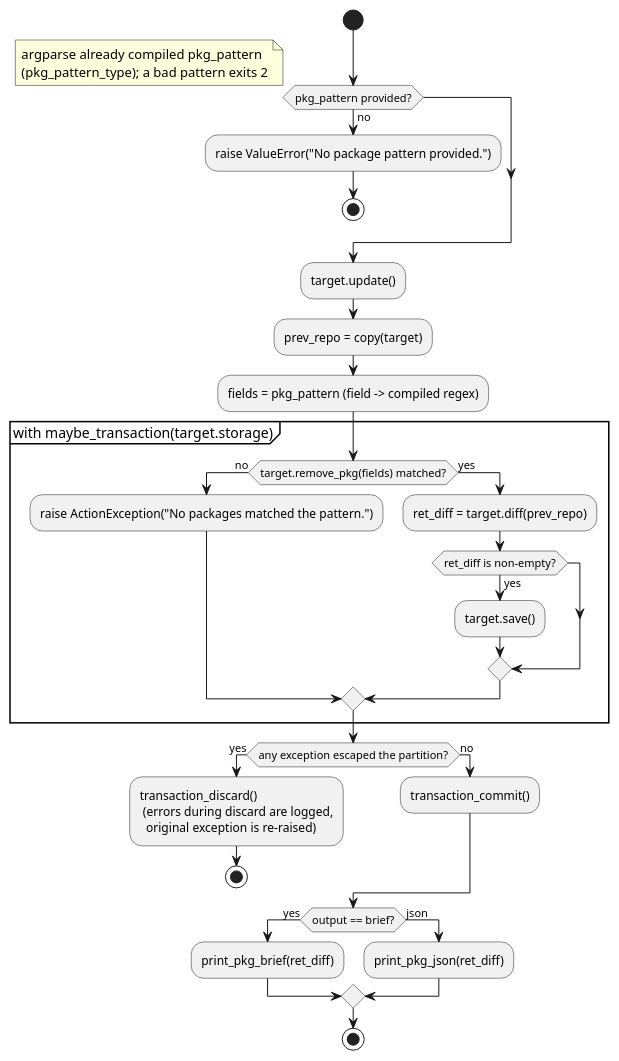
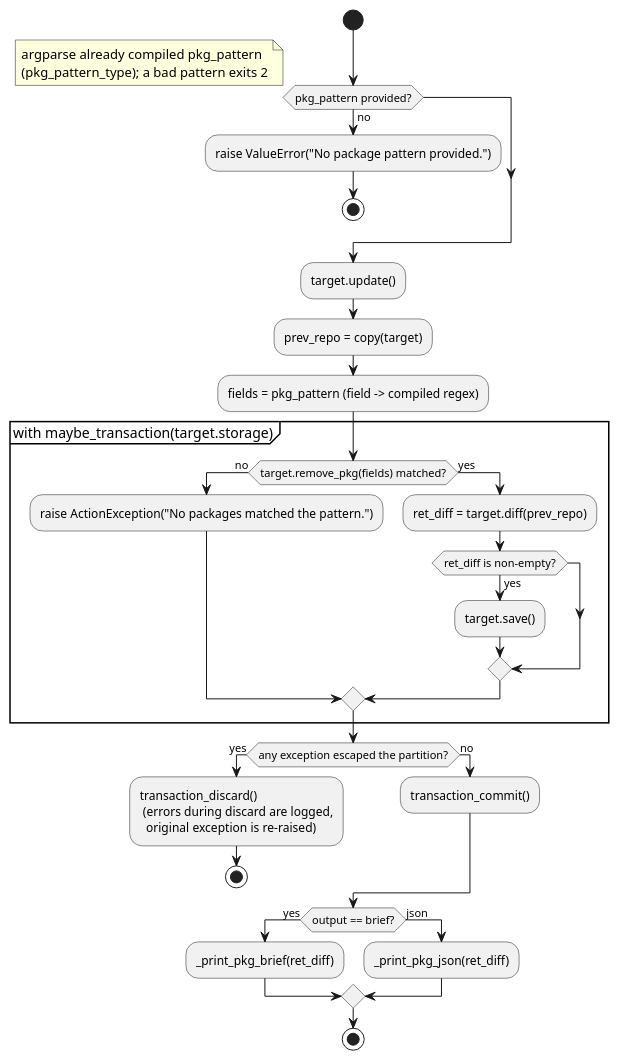
Before and after one commit to vinklat/debkit: the diagram in docs/development/diagrams/action-pkg-remove-activity.puml, drawn with PlantUML. The commit also changed 14 other files, not shown here.

First line of the commit message:
Fix second doc-review findings in contracts and diagrams

```diff
--- a/docs/development/diagrams/action-pkg-remove-activity.puml
+++ b/docs/development/diagrams/action-pkg-remove-activity.puml
@@ -1,42 +1,42 @@
 @startuml
 start
 if (pkg_pattern provided?) then (no)
   :raise ValueError("No package pattern provided.");
   stop
 endif
 note right
   argparse already compiled pkg_pattern
   (pkg_pattern_type); a bad pattern exits 2
 end note
 
 :target.update();
 :prev_repo = copy(target);
 :fields = pkg_pattern (field -> compiled regex);
 
 partition "with maybe_transaction(target.storage)" {
   if (target.remove_pkg(fields) matched?) then (no)
     :raise ActionException("No packages matched the pattern.");
   else (yes)
     :ret_diff = target.diff(prev_repo);
     if (ret_diff is non-empty?) then (yes)
       :target.save();
     endif
   endif
 }
 
 if (any exception escaped the partition?) then (yes)
   :transaction_discard()
    (errors during discard are logged,
     original exception is re-raised);
   stop
 else (no)
   :transaction_commit();
 endif
 
 if (output == brief?) then (yes)
-  :print_pkg_brief(ret_diff);
+  :_print_pkg_brief(ret_diff);
 else (json)
-  :print_pkg_json(ret_diff);
+  :_print_pkg_json(ret_diff);
 endif
 stop
 @enduml
```
